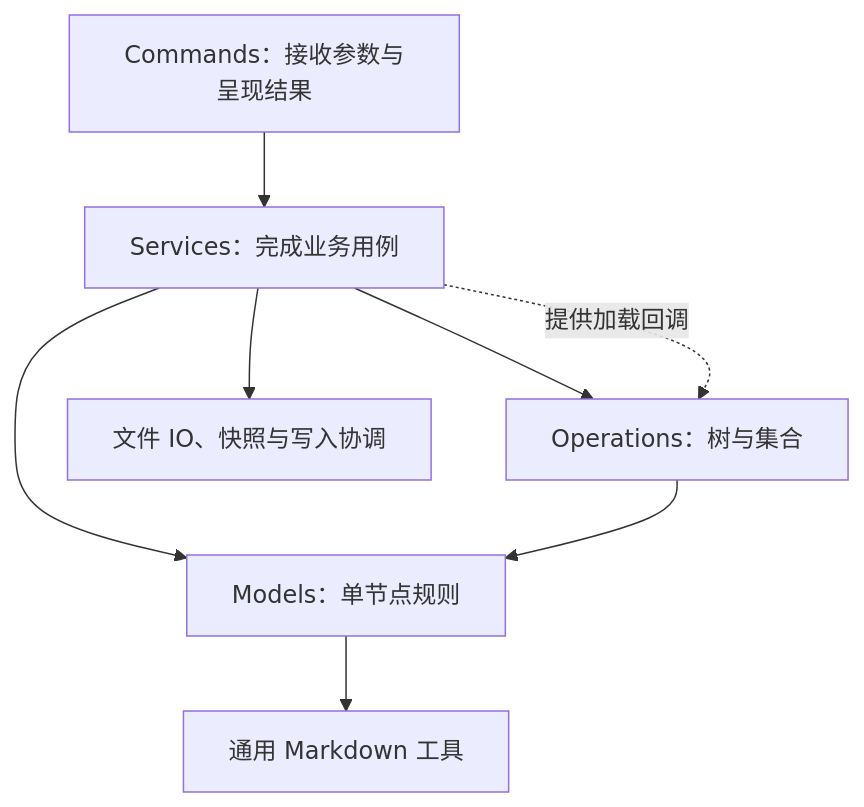
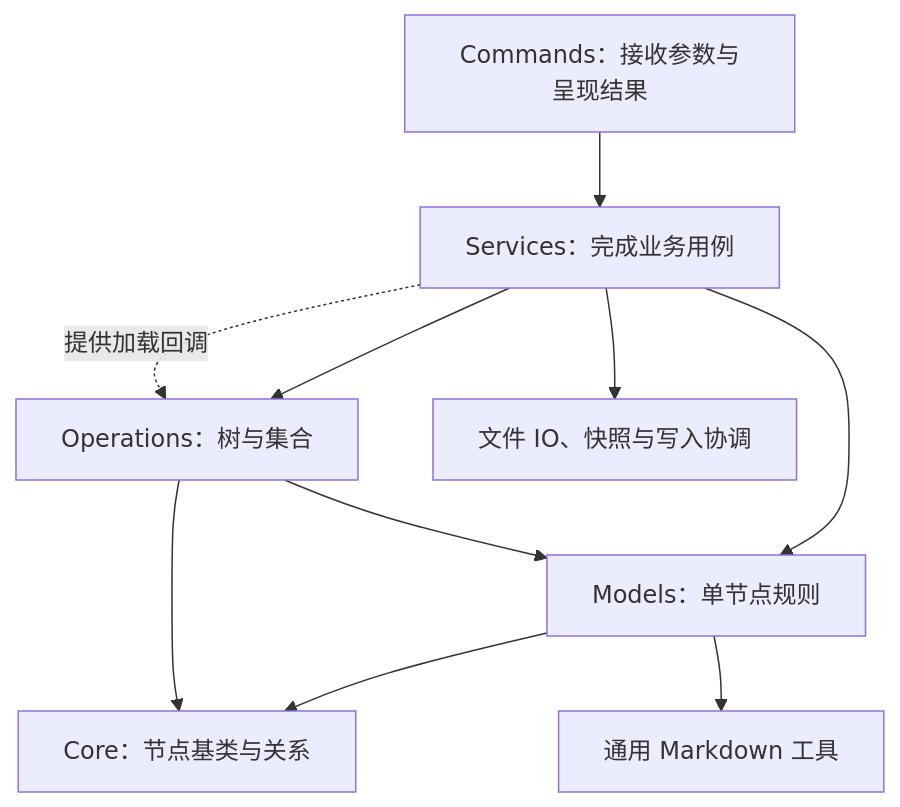
One commit to VirusPC/edges-brain-viruspc changed the first of 2 diagrams in extensions/cli/README.md. Above: the diagram before and after it, drawn with Mermaid. The commit also changed other lines of this file and 51 other files, not shown here.

````diff
--- a/extensions/cli/README.md
+++ b/extensions/cli/README.md
@@ -43,10 +44,12 @@
 ```mermaid
 flowchart TD
     C[Commands：接收参数与呈现结果] --> S[Services：完成业务用例]
     S --> M[Models：单节点规则]
     S --> O[Operations：树与集合]
     O --> M
+    M --> Core[Core：节点基类与关系]
+    O --> Core
     M --> U[通用 Markdown 工具]
     S --> F[文件 IO、快照与写入协调]
     S -. 提供加载回调 .-> O
 ```
````
